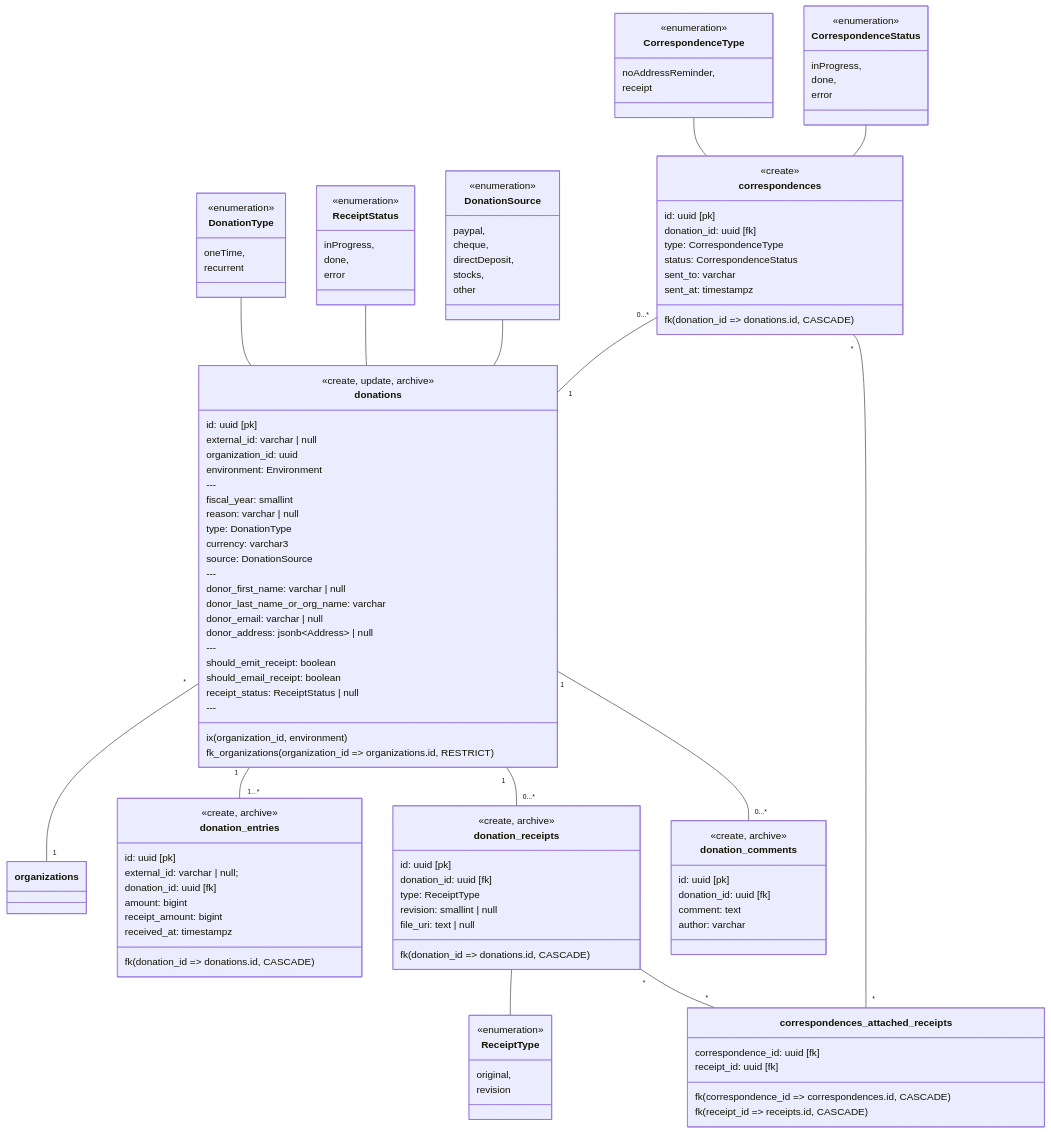
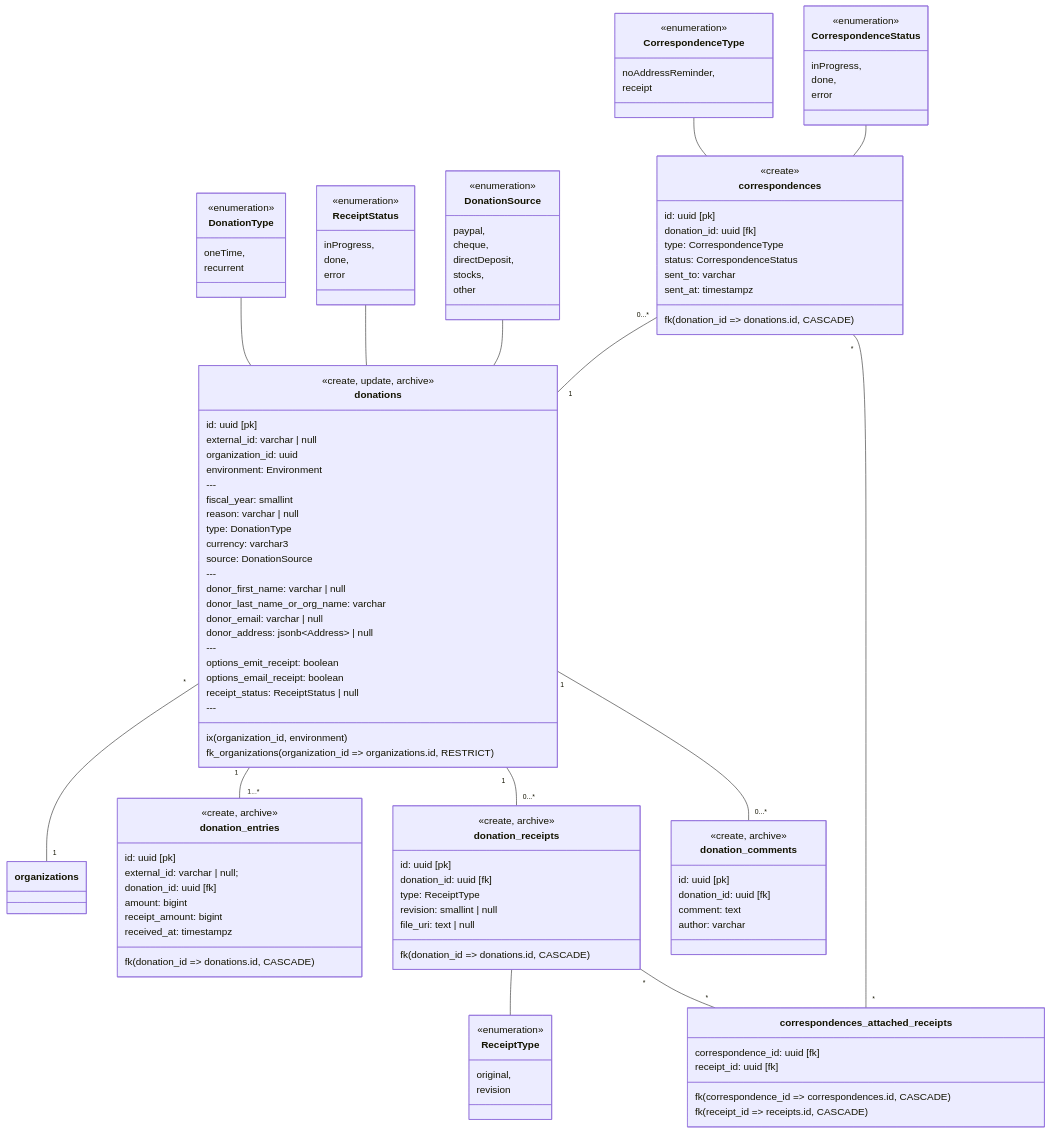
The fourth of 4 diagrams in docs/db-diagram.md (mtl-benevolent/donation-management), drawn with Mermaid before and after one commit. The commit also changed 28 other files, not shown here.

```diff
--- a/docs/db-diagram.md
+++ b/docs/db-diagram.md
@@ -146,8 +146,8 @@
     donor_email: varchar | null
     donor_address: jsonb~Address~ | null
     ---
-    should_emit_receipt: boolean
-    should_email_receipt: boolean
+    options_emit_receipt: boolean
+    options_email_receipt: boolean
     receipt_status: ReceiptStatus | null
     ---
 
```
